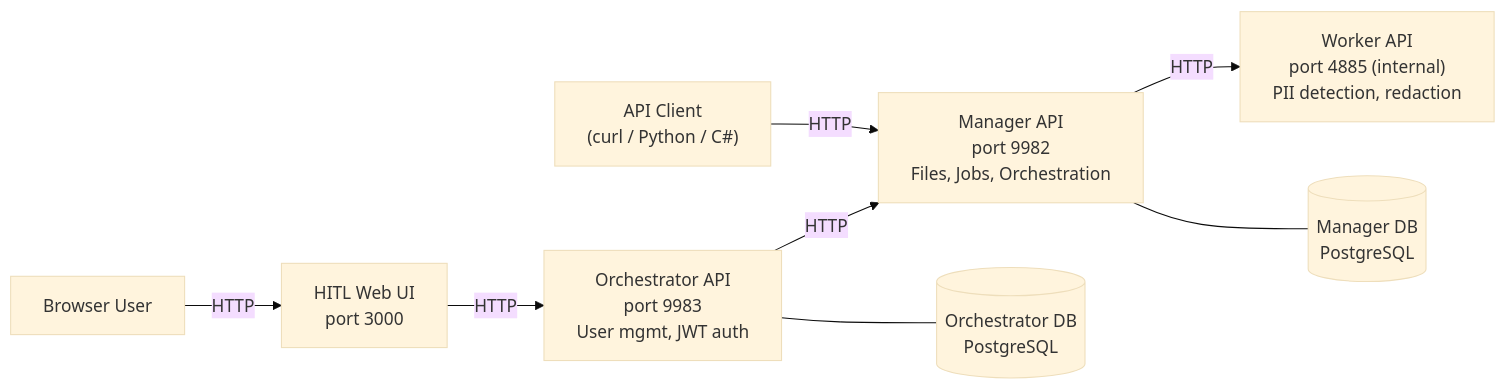
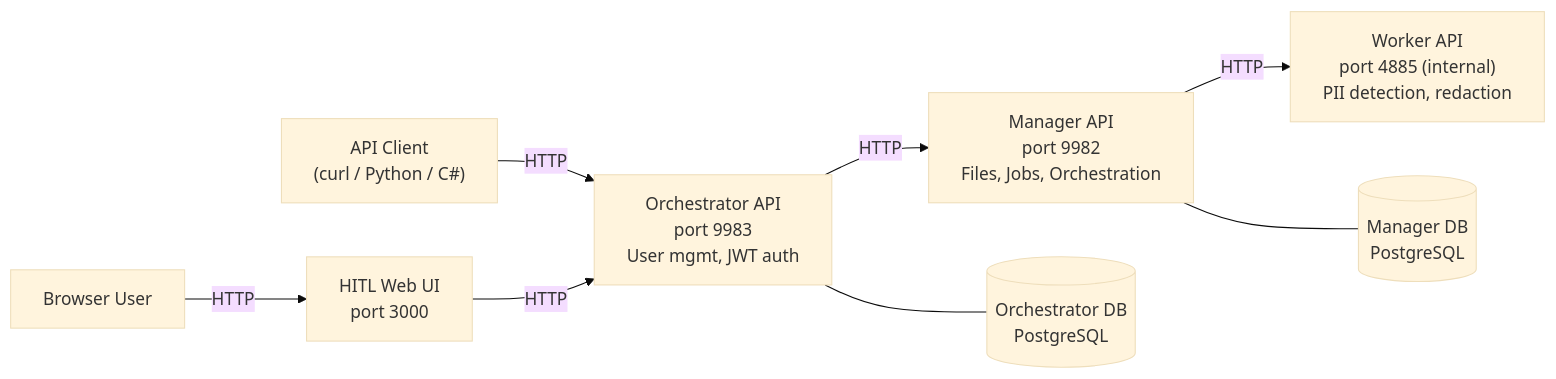
Before and after one commit to pdf-tools/smart-redact-samples: the diagram in README.md, drawn with Mermaid (base theme).

Commit message:
Update Client HTTP connection to Orchestrator

````diff
--- a/README.md
+++ b/README.md
@@ -11,19 +11,19 @@
 ```mermaid
 flowchart LR
     Browser["Browser User"]
     Client["API Client<br/>(curl / Python / C#)"]
     HITL["HITL Web UI<br/>port 3000"]
     Orchestrator["Orchestrator API<br/>port 9983<br/>User mgmt, JWT auth"]
     Manager["Manager API<br/>port 9982<br/>Files, Jobs, Orchestration"]
     Worker["Worker API<br/>port 4885 (internal)<br/>PII detection, redaction"]
     OrchDB[("Orchestrator DB<br/>PostgreSQL")]
     ManagerDB[("Manager DB<br/>PostgreSQL")]
 
     Browser -- HTTP --> HITL
-    Client -- HTTP --> Manager
+    Client -- HTTP --> Orchestrator
     HITL -- HTTP --> Orchestrator
     Orchestrator -- HTTP --> Manager
     Manager -- HTTP --> Worker
     Orchestrator --- OrchDB
     Manager --- ManagerDB
 ```
````
